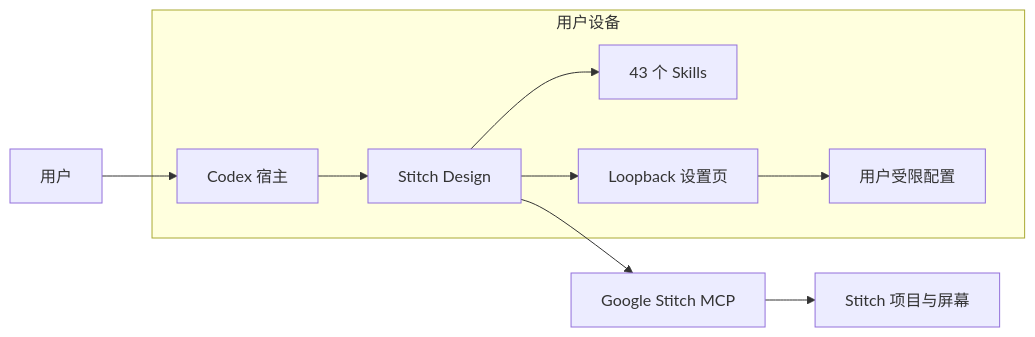
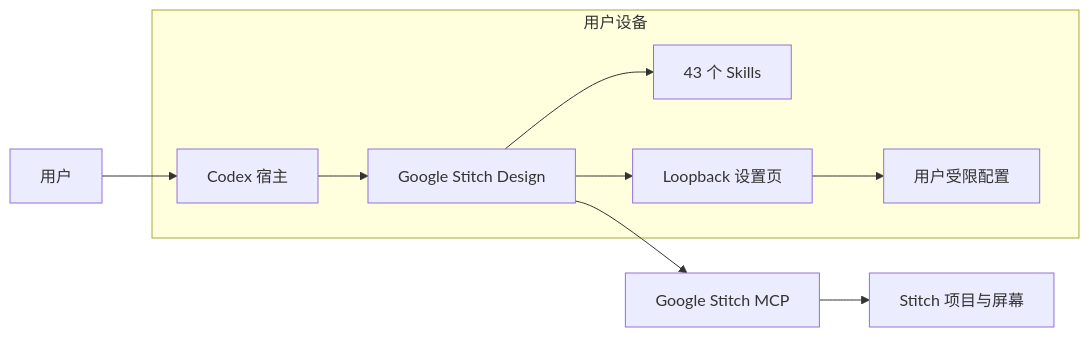
Before and after one commit to full-stack-plugins/stitch-design-plugin: the second of 11 diagrams in docs/Stitch-Design-Architecture.zh_CN.md, drawn with Mermaid. The commit also changed 119 other files, not shown here.

First line of the commit message:
chore: adopt neutral plugin identity 'stitch-design'

````diff
--- a/docs/Stitch-Design-Architecture.zh_CN.md
+++ b/docs/Stitch-Design-Architecture.zh_CN.md
@@ -56,17 +56,17 @@
 ```mermaid
 flowchart LR
     User["用户"] --> Codex["Codex 宿主"]
-    Codex --> Plugin["Stitch Design"]
+    Codex --> Plugin["Google Stitch Design"]
     Plugin --> Skills["43 个 Skills"]
     Plugin --> Setup["Loopback 设置页"]
     Plugin --> MCP["Google Stitch MCP"]
     Setup --> Config["用户受限配置"]
     MCP --> Stitch["Stitch 项目与屏幕"]
     subgraph Local["用户设备"]
       Codex
       Plugin
       Skills
       Setup
       Config
     end
 ```
````
